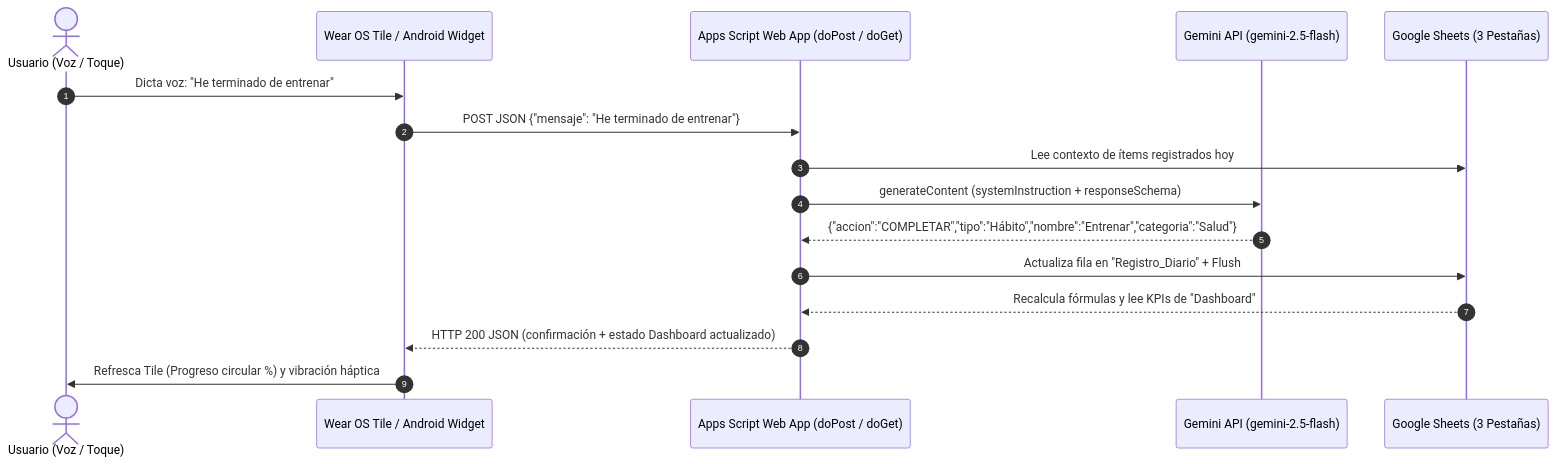
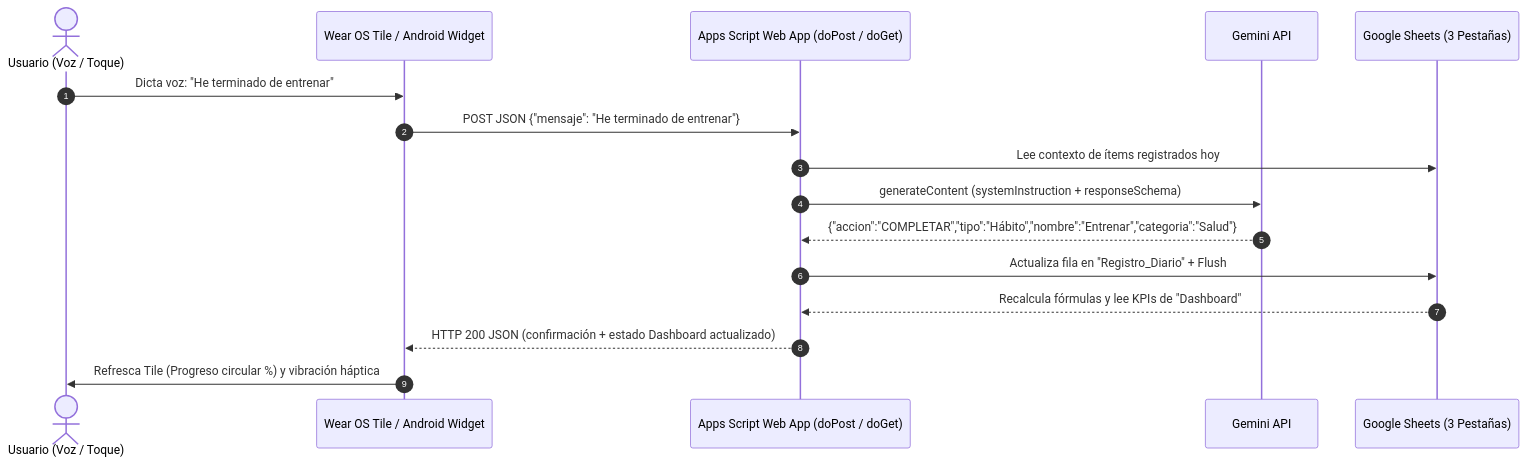
Before and after one commit to saurivane/Gestor-de-H-bitos-y-Tareas-con-Google-Sheets-Gemini-Google-Tasks-y-Wear-OS: the diagram in ARQUITECTURA_ANDROID_WEAROS.md, drawn with Mermaid. The commit also changed other lines of this file and 2 other files, not shown here.

Commit message:
Fix: colocación de tabla mensual debajo de gráficos en Dashboard y unificación de referencias a Gemini en docs

````diff
--- a/ARQUITECTURA_ANDROID_WEAROS.md
+++ b/ARQUITECTURA_ANDROID_WEAROS.md
@@ -9,19 +9,19 @@
 ```mermaid
 sequenceDiagram
     autonumber
     actor Usuario as Usuario (Voz / Toque)
     participant WearApp as Wear OS Tile / Android Widget
     participant GAS as Apps Script Web App (doPost / doGet)
-    participant Gemini as Gemini API (gemini-2.5-flash)
+    participant Gemini as Gemini API
     participant Sheets as Google Sheets (3 Pestañas)
 
     Usuario->>WearApp: Dicta voz: "He terminado de entrenar"
     WearApp->>GAS: POST JSON {"mensaje": "He terminado de entrenar"}
     GAS->>Sheets: Lee contexto de ítems registrados hoy
     GAS->>Gemini: generateContent (systemInstruction + responseSchema)
     Gemini-->>GAS: {"accion":"COMPLETAR","tipo":"Hábito","nombre":"Entrenar","categoria":"Salud"}
     GAS->>Sheets: Actualiza fila en "Registro_Diario" + Flush
     Sheets-->>GAS: Recalcula fórmulas y lee KPIs de "Dashboard"
     GAS-->>WearApp: HTTP 200 JSON (confirmación + estado Dashboard actualizado)
     WearApp->>Usuario: Refresca Tile (Progreso circular %) y vibración háptica
 ```
````
